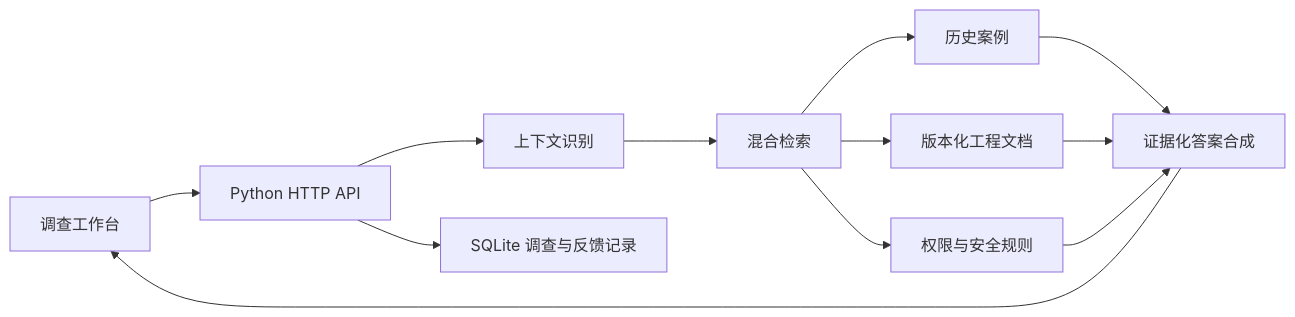
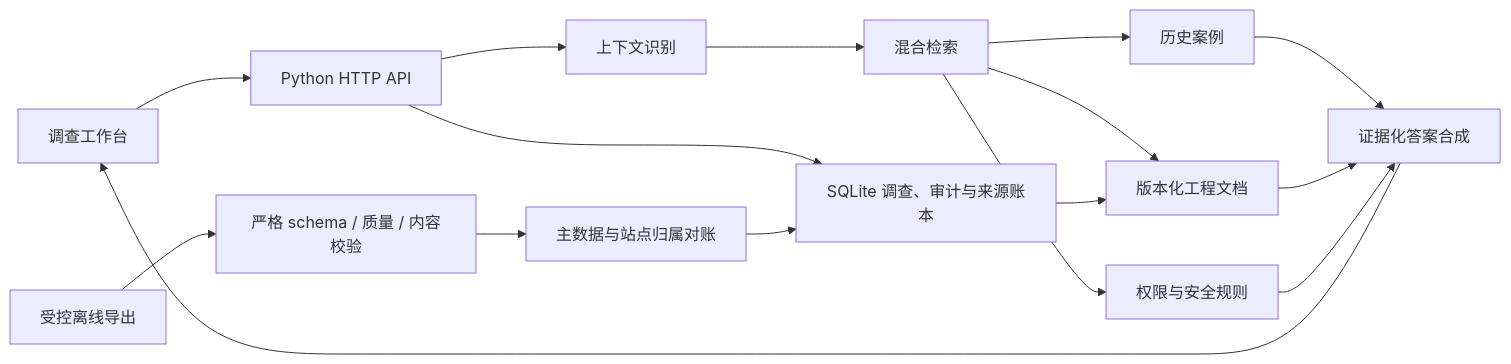
Before and after one commit to wangkeyu-u/seagate-wuxi-rag-poc: the second of 2 diagrams in README.md, drawn with Mermaid. The commit also changed other lines of this file and 39 other files, not shown here.

````diff
--- a/README.md
+++ b/README.md
@@ -67,14 +129,18 @@
 ```mermaid
 flowchart LR
     UI["调查工作台"] --> API["Python HTTP API"]
     API --> CTX["上下文识别"]
     CTX --> RET["混合检索"]
     RET --> CASES["历史案例"]
     RET --> DOCS["版本化工程文档"]
     RET --> RULES["权限与安全规则"]
     CASES --> SYN["证据化答案合成"]
     DOCS --> SYN
     RULES --> SYN
     SYN --> UI
-    API --> DB["SQLite 调查与反馈记录"]
+    API --> DB["SQLite 调查、审计与来源账本"]
+    EXPORT["受控离线导出"] --> VALIDATE["严格 schema / 质量 / 内容校验"]
+    VALIDATE --> RECON["主数据与站点归属对账"]
+    RECON --> DB
+    DB --> DOCS
 ```
````
